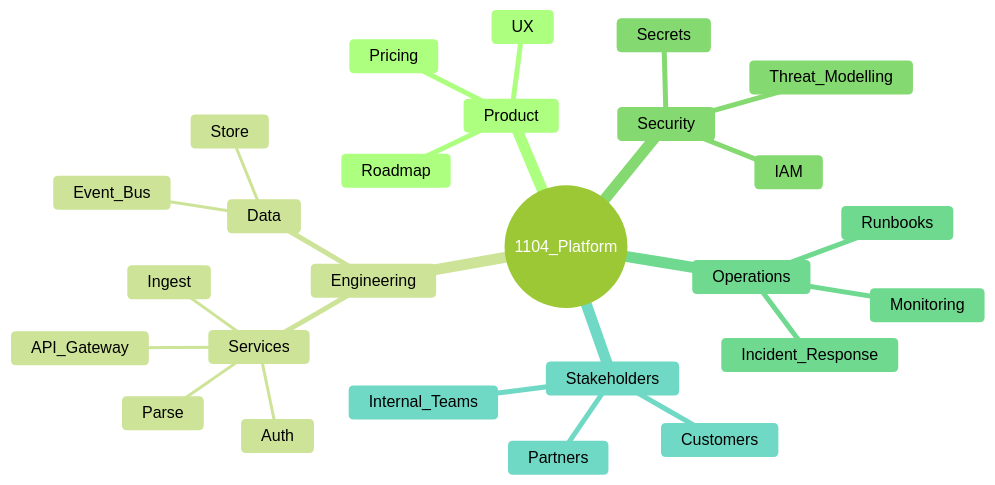
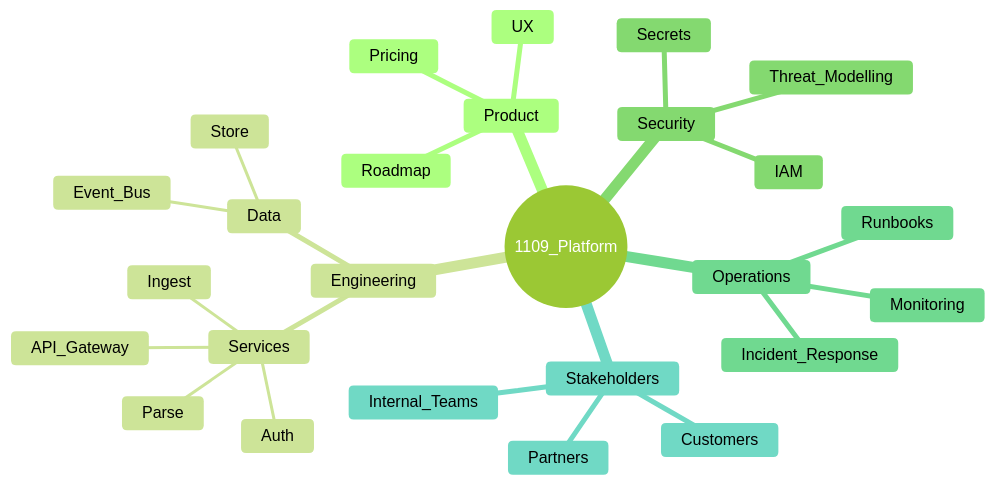
One commit to Beyondthemountain/RoboMermaid changed the diagram in diagrams-src/PlatformMindMap.mmd. Above: the diagram before and after it, drawn with Mermaid (forest theme).

Commit message:
Update PlatformMindMap.mmd
update core diagram

```diff
--- a/diagrams-src/PlatformMindMap.mmd
+++ b/diagrams-src/PlatformMindMap.mmd
@@ -1,58 +1,58 @@
 mindmap
 %% Global (included in all views)
-  root((1104_Platform))
+  root((1109_Platform))
 
 %%@view:overview,product
     Product
 %%@view:product
       Roadmap
 %%@view:product
       UX
 %%@view:product
       Pricing
 
 %%@view:overview,engineering
     Engineering
 %%@view:engineering
       Services
 %%@view:engineering
         API_Gateway
 %%@view:engineering
         Auth
 %%@view:engineering
         Ingest
 %%@view:engineering
         Parse
 %%@view:engineering
       Data
 %%@view:engineering
         Store
 %%@view:engineering
         Event_Bus
 
 %%@view:overview,security
     Security
 %%@view:security
       IAM
 %%@view:security
       Secrets
 %%@view:security
       Threat_Modelling
 
 %%@view:overview,ops
     Operations
 %%@view:ops
       Monitoring
 %%@view:ops
       Incident_Response
 %%@view:ops
       Runbooks
 
 %%@view:overview,stakeholders
     Stakeholders
 %%@view:stakeholders
       Customers
 %%@view:stakeholders
       Partners
 %%@view:stakeholders
       Internal_Teams
```
